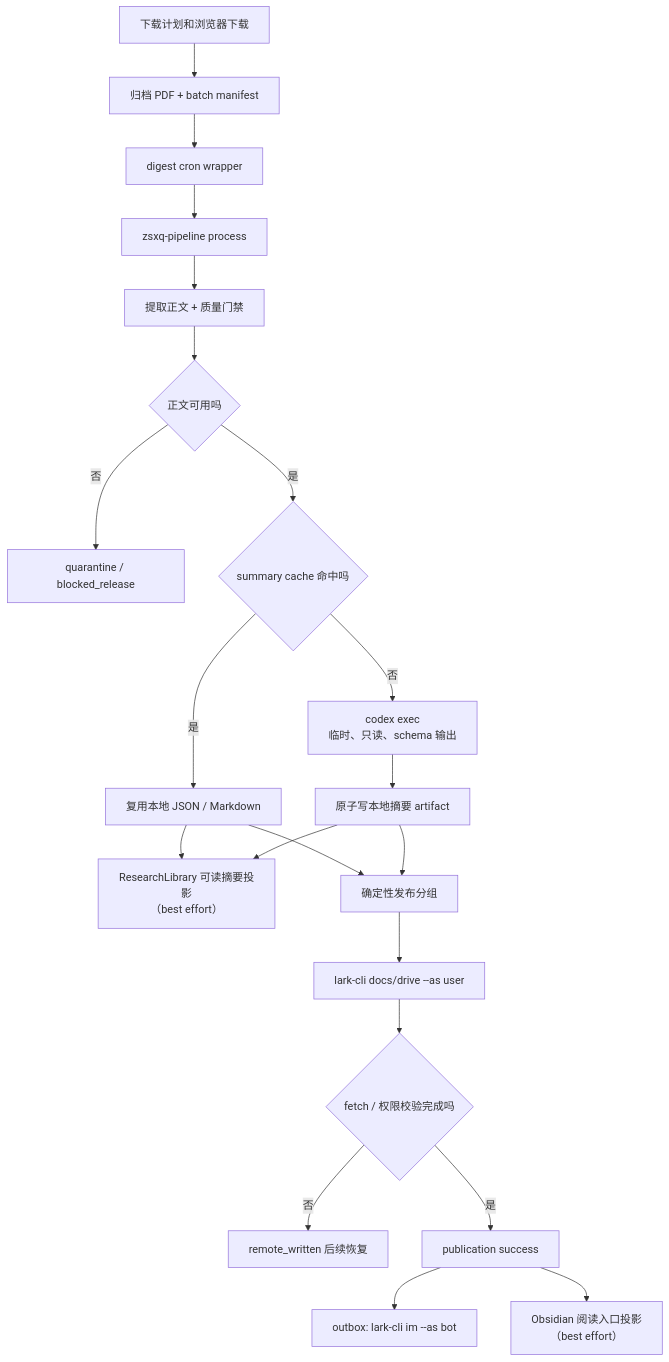
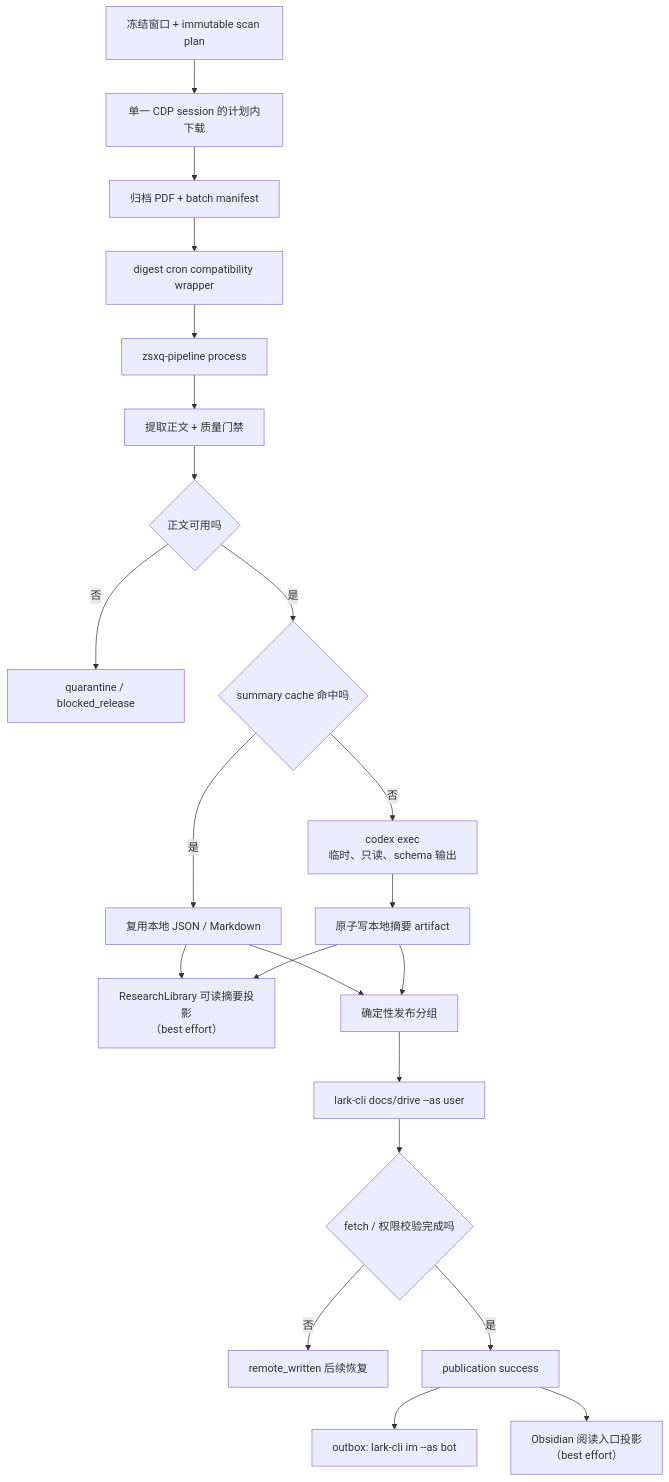
One commit to Charleyli925/zsxq-research-automation changed the diagram in docs/project_flow_zh.md. Above: the diagram before and after it, drawn with Mermaid. The commit also changed other lines of this file and 51 other files, not shown here.

First line of the commit message:
Replace ZSXQ agent download path with deterministic CDP pipeline

````diff
--- a/docs/project_flow_zh.md
+++ b/docs/project_flow_zh.md
@@ -17,23 +17,24 @@
 ```mermaid
 flowchart TD
-    A["下载计划和浏览器下载"] --> B["归档 PDF + batch manifest"]
-    B --> C["digest cron wrapper"]
-    C --> D["zsxq-pipeline process"]
-    D --> E["提取正文 + 质量门禁"]
-    E --> F{"正文可用吗"}
-    F -- "否" --> G["quarantine / blocked_release"]
-    F -- "是" --> H{"summary cache 命中吗"}
-    H -- "是" --> I["复用本地 JSON / Markdown"]
-    H -- "否" --> J["codex exec\n临时、只读、schema 输出"]
-    J --> K["原子写本地摘要 artifact"]
-    I --> R["ResearchLibrary 可读摘要投影\n（best effort）"]
-    K --> R
-    I --> L["确定性发布分组"]
-    K --> L
-    L --> M["lark-cli docs/drive --as user"]
-    M --> N{"fetch / 权限校验完成吗"}
-    N -- "否" --> O["remote_written 后续恢复"]
-    N -- "是" --> P["publication success"]
-    P --> Q["outbox: lark-cli im --as bot"]
-    P --> S["Obsidian 阅读入口投影\n（best effort）"]
+    A["冻结窗口 + immutable scan plan"] --> B["单一 CDP session 的计划内下载"]
+    B --> C["归档 PDF + batch manifest"]
+    C --> D["digest cron compatibility wrapper"]
+    D --> E["zsxq-pipeline process"]
+    E --> F["提取正文 + 质量门禁"]
+    F --> G{"正文可用吗"}
+    G -- "否" --> H["quarantine / blocked_release"]
+    G -- "是" --> I{"summary cache 命中吗"}
+    I -- "是" --> J["复用本地 JSON / Markdown"]
+    I -- "否" --> K["codex exec\n临时、只读、schema 输出"]
+    K --> L["原子写本地摘要 artifact"]
+    J --> R["ResearchLibrary 可读摘要投影\n（best effort）"]
+    L --> R
+    J --> M["确定性发布分组"]
+    L --> M
+    M --> N["lark-cli docs/drive --as user"]
+    N --> O{"fetch / 权限校验完成吗"}
+    O -- "否" --> P["remote_written 后续恢复"]
+    O -- "是" --> Q["publication success"]
+    Q --> T["outbox: lark-cli im --as bot"]
+    Q --> U["Obsidian 阅读入口投影\n（best effort）"]
 ```
````
